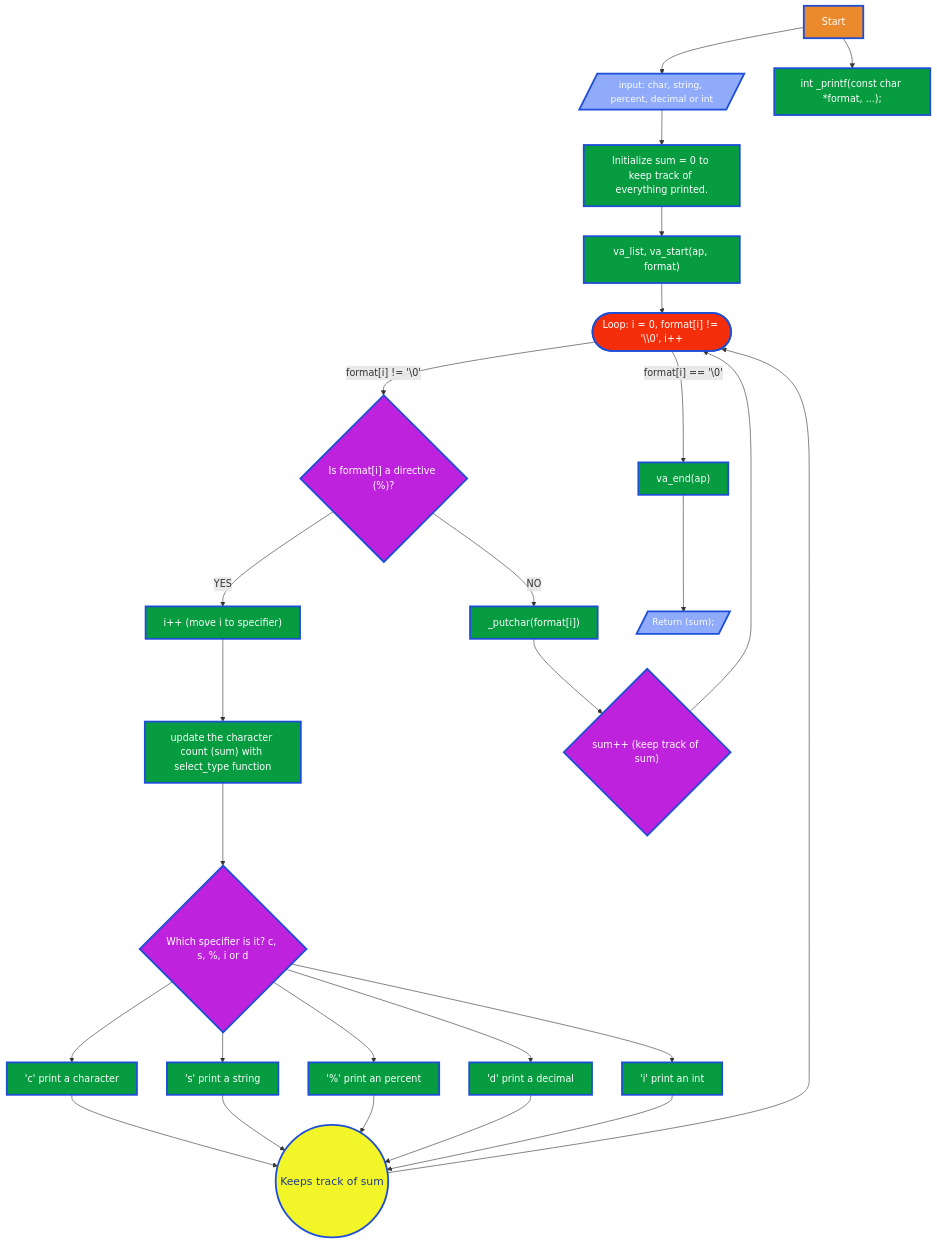
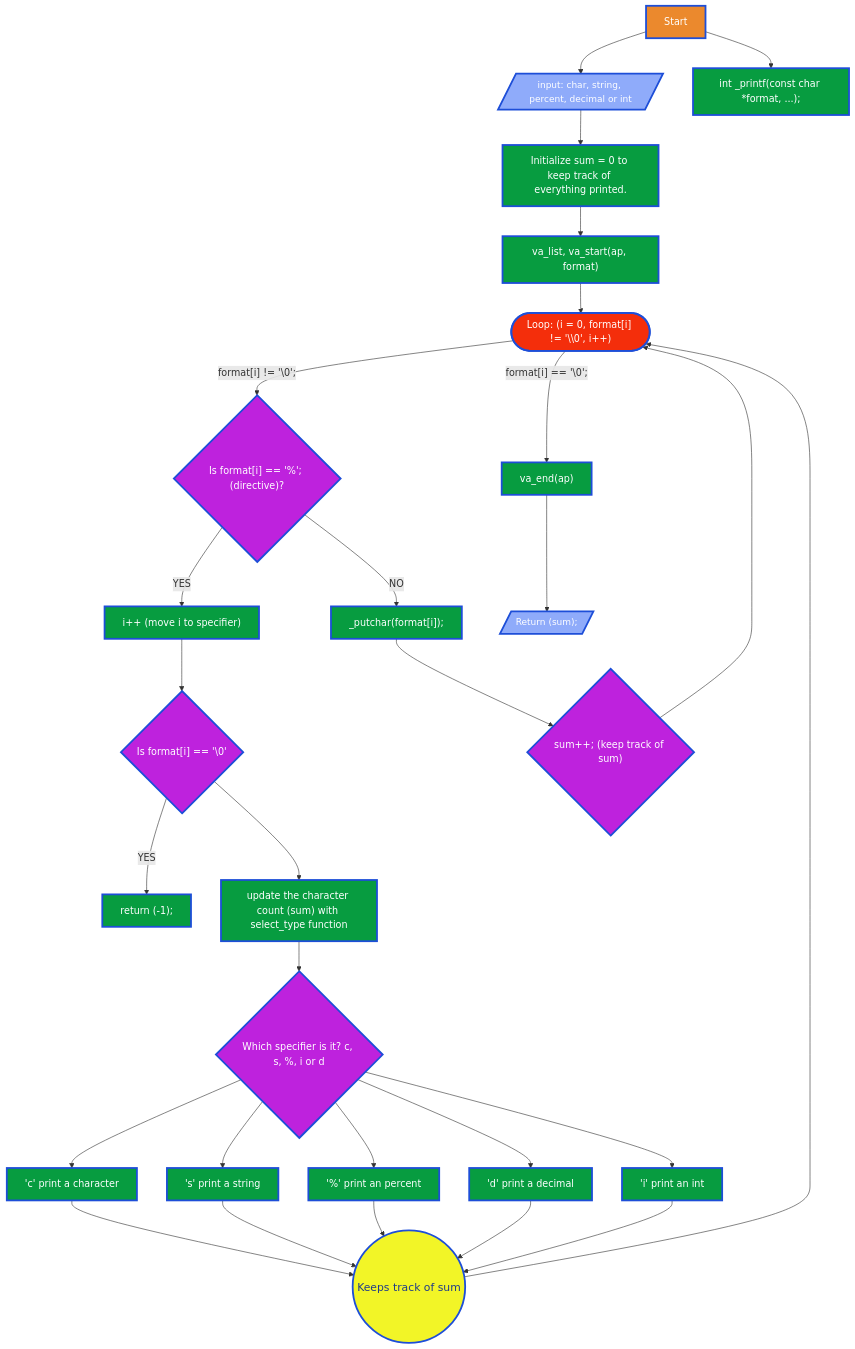
Before and after one commit to juliangf94/holbertonschool-printf: the diagram in README.md, drawn with Mermaid.

Commit message:
Fix the README.md file

````diff
--- a/README.md
+++ b/README.md
@@ -41,47 +41,48 @@
 ```mermaid
-
 flowchart TB
     A["Start"] --> B[/"input: char, string, percent, decimal or int"/]
     A --> C["int _printf(const char *format, ...);"]
     B --> D["Initialize sum = 0 to keep track of everything printed."]
     D --> E["va_list, va_start(ap, format)"]
     %%E --> F{"Is format == NULL?"}
         %% NULL check
         %% F -- YES --> G[/"return (-1)"/]
-        E --> AA(["Loop: i = 0, format[i] != '\\0', i++"])
+        E --> AA(["Loop: (i = 0, format[i] != '\\0', i++)"])
             %% Loop start
-            AA -- format[i] != '\0'--> AB{"Is format[i] a directive (%)?"}
+            AA -- format[i] != '\0';--> AB{"Is format[i] == '%'; (directive)?"}
                 %% Directive found
                 AB -- YES --> AC["i++ (move i to specifier)"]
-                AC --> ACA["update the character count (sum) with select_type function"]
-                        ACA --> AD{"Which specifier is it? c, s, %, i or d"}
+                AC --> ACA{"Is format[i] == '\0'"}
+                ACA -- YES --> ACB["return (-1);"]
+                ACA --> ACC["update the character count (sum) with select_type function"]
+                        ACC --> AD{"Which specifier is it? c, s, %, i or d"}
                             AD --> AE["'c' print a character"] & AF["'s' print a string"] & AG["'%' print an percent"] & AH["'d' print a decimal"] & AI["'i' print an int"]
                             AE --> AJ(("Keeps track of sum"))
                             AF --> AJ
                             AG --> AJ
                             AH --> AJ
                             AI --> AJ
                             AJ --> AA
                 %% Directive not found, prints regular character
-                AB -- NO --> BA["_putchar(format[i])"]
-                BA --> BB{"sum++ (keep track of sum)" }
+                AB -- NO --> BA["_putchar(format[i]);"]
+                BA --> BB{"sum++; (keep track of sum)" }
                     BB --> AA
             %% Loop End    
-            AA -- format[i] == '\0'--> H["va_end(ap)"]
+            AA -- format[i] == '\0';--> H["va_end(ap)"]
             H --> I[/"Return (sum);"/]
 
     %% Style
     classDef start fill:#EB892D,stroke:#1D4ED8,stroke-width:3px,color:white, font-size:16px;
     classDef process fill:#079C40,stroke:#1D4ED8,stroke-width:3px,color:white, font-size:16px;
     classDef data fill:#8FABFA,stroke:#1D4ED8,stroke-width:3px,color:white, font-size:15px;
     classDef loop fill:#F42E0B,stroke:#1D4ED8,stroke-width:3px,color:white, font-size:16px;
     classDef decision fill:#BE22DD,stroke:#1D4ED8,stroke-width:3px,color:white, font-size:16px;
     classDef connector fill:#F2F527,stroke:#1D4ED8,stroke-width:3px,color:#1E3A8A, font-size:18px;
 
     class A start;
-    class C,D,E,AC,ACA,AE,AF,AG,AH,AI,BA,H process;
+    class C,D,E,AC,ACB,ACC,AE,AF,AG,AH,AI,BA,H process;
     class AA loop;
     class B,G,I data;
-    class F,AB,AD,BB decision;
+    class F,AB,AD,ACA,BB decision;
     class AJ connector;
 ```
````
